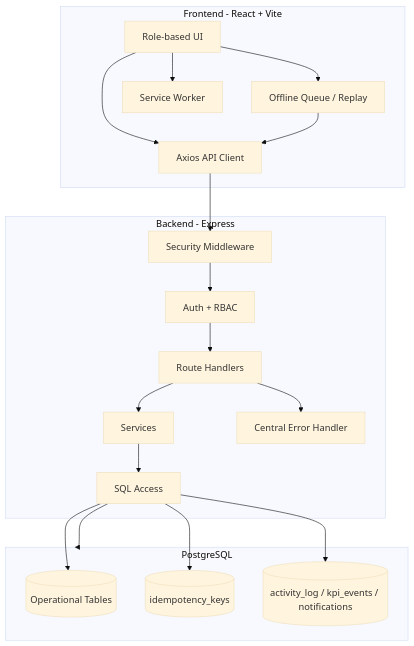
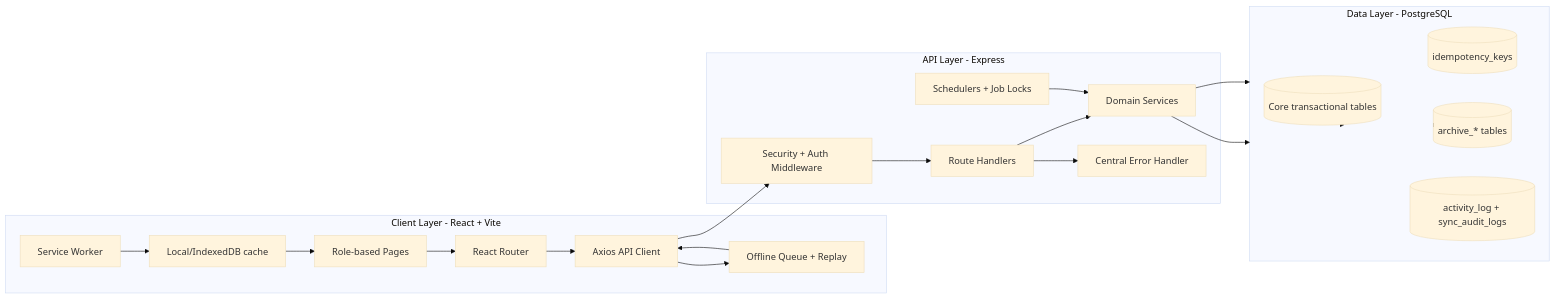
The second of 6 diagrams in README.md (Asout3/bakery-ops-app), drawn with Mermaid (base theme) before and after one commit. The commit also changed other lines of this file and 5 other files, not shown here.

````diff
--- a/README.md
+++ b/README.md
@@ -102,32 +76,36 @@
 ```mermaid
-flowchart TB
-  subgraph Client[Frontend - React + Vite]
-    UI[Role-based UI]
-    AX[Axios API Client]
-    OFFQ[Offline Queue / Replay]
+flowchart LR
+  subgraph Frontend[Client Layer - React + Vite]
+    UI[Role-based Pages]
+    Router[React Router]
+    APIClient[Axios API Client]
+    OfflineQ[Offline Queue + Replay]
     SW[Service Worker]
+    Cache[Local/IndexedDB cache]
   end
 
-  subgraph API[Backend - Express]
-    SEC[Security Middleware]
-    AUTH[Auth + RBAC]
-    ROUTES[Route Handlers]
-    SVC[Services]
-    REPO[SQL Access]
-    ERR[Central Error Handler]
+  subgraph Backend[API Layer - Express]
+    MW[Security + Auth Middleware]
+    Routes[Route Handlers]
+    Services[Domain Services]
+    Errors[Central Error Handler]
+    Jobs[Schedulers + Job Locks]
   end
 
-  subgraph DB[PostgreSQL]
-    CORE[(Operational Tables)]
-    IDEM[(idempotency_keys)]
-    AUD[(activity_log / kpi_events / notifications)]
+  subgraph Data[Data Layer - PostgreSQL]
+    Core[(Core transactional tables)]
+    Idem[(idempotency_keys)]
+    Archive[(archive_* tables)]
+    Audit[(activity_log + sync_audit_logs)]
   end
 
-  UI --> AX --> SEC --> AUTH --> ROUTES --> SVC --> REPO --> DB
-  UI --> OFFQ --> AX
-  UI --> SW
-  ROUTES --> ERR
-  REPO --> CORE
-  REPO --> IDEM
-  REPO --> AUD
+  UI --> Router --> APIClient --> MW --> Routes --> Services --> Data
+  APIClient --> OfflineQ --> APIClient
+  SW --> Cache --> UI
+  Routes --> Errors
+  Jobs --> Services --> Data
+  Data --> Core
+  Data --> Idem
+  Data --> Archive
+  Data --> Audit
 ```
````
